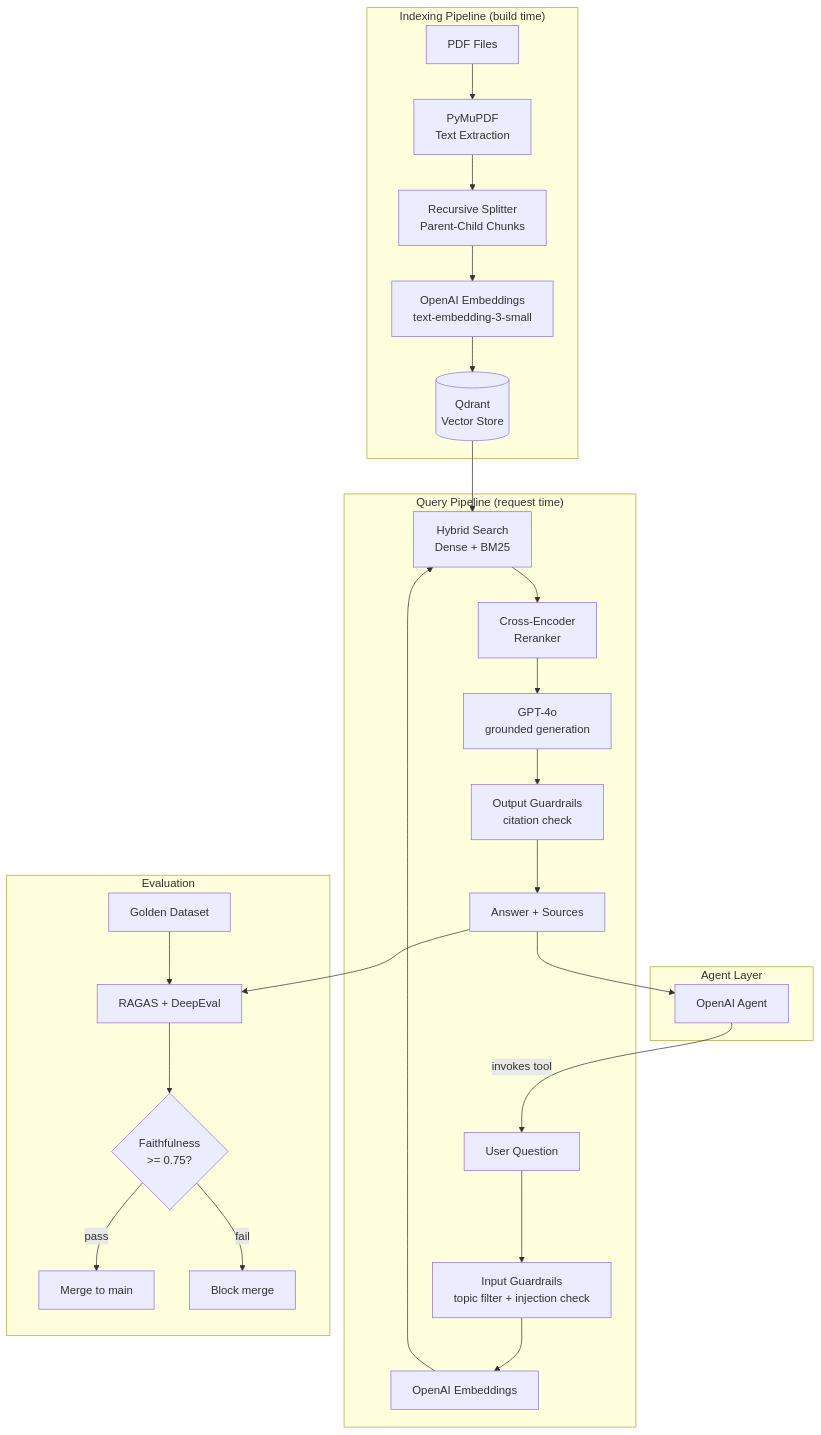
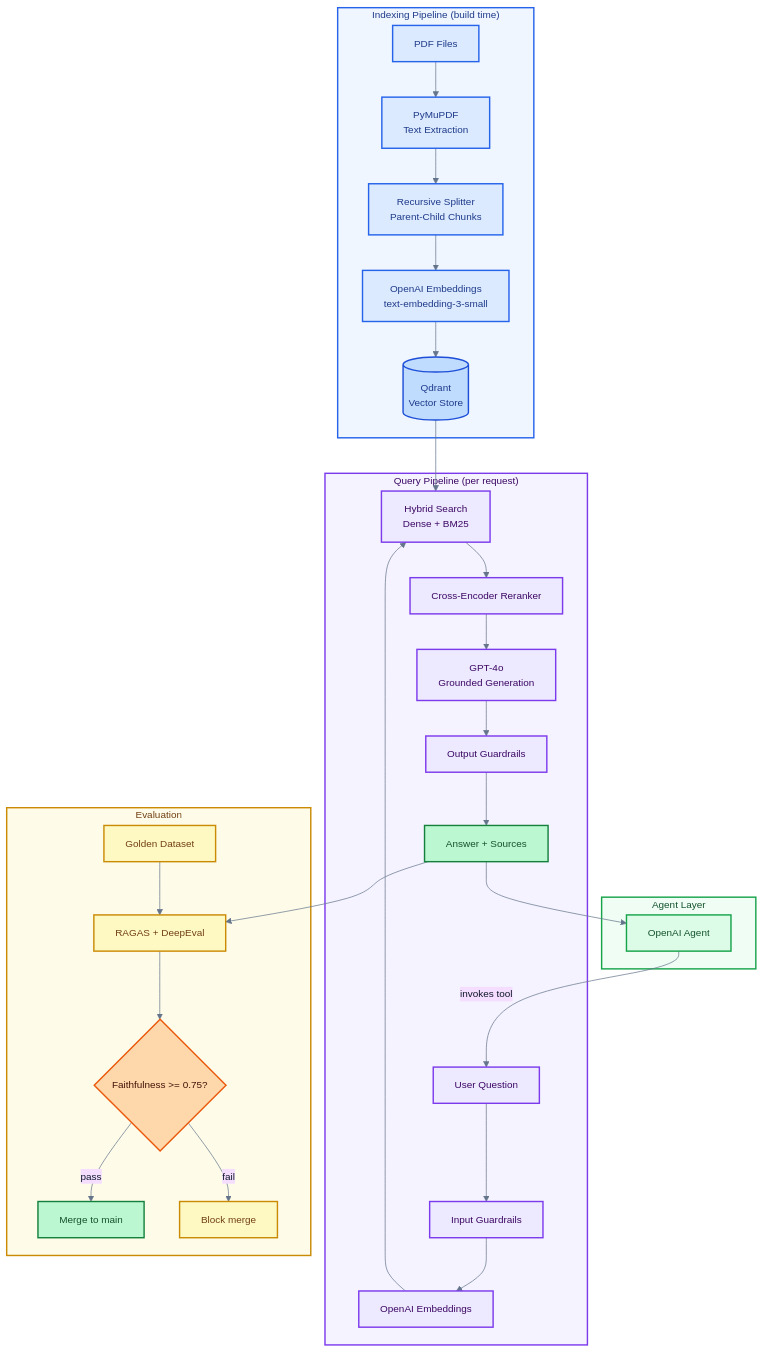
One commit to shalabhsuman/helix-rag changed the diagram in README.md. Above: the diagram before and after it, drawn with Mermaid. The commit also changed 2 other files, not shown here.

Commit message:
Improve architecture diagram: color-code subgraphs, white background, styled nodes

````diff
--- a/README.md
+++ b/README.md
@@ -7,33 +7,47 @@
 ```mermaid
+%%{init: {'theme': 'base', 'themeVariables': {'background': '#ffffff', 'lineColor': '#64748b', 'primaryTextColor': '#0f172a', 'fontSize': '14px'}}}%%
 flowchart TD
+    classDef indexNode fill:#dbeafe,stroke:#2563eb,color:#1e3a8a,stroke-width:2px
+    classDef queryNode fill:#ede9fe,stroke:#7c3aed,color:#3b0764,stroke-width:2px
+    classDef agentNode fill:#dcfce7,stroke:#16a34a,color:#14532d,stroke-width:2px
+    classDef evalNode fill:#fef9c3,stroke:#ca8a04,color:#713f12,stroke-width:2px
+    classDef storeNode fill:#bfdbfe,stroke:#1d4ed8,color:#1e3a8a,stroke-width:2px
+    classDef decisionNode fill:#fed7aa,stroke:#ea580c,color:#431407,stroke-width:2px
+    classDef successNode fill:#bbf7d0,stroke:#15803d,color:#14532d,stroke-width:2px
+
     subgraph Ingest["Indexing Pipeline (build time)"]
-        A[PDF Files] --> B[PyMuPDF\nText Extraction]
-        B --> C[Recursive Splitter\nParent-Child Chunks]
-        C --> D[OpenAI Embeddings\ntext-embedding-3-small]
-        D --> E[(Qdrant\nVector Store)]
+        A[PDF Files]:::indexNode --> B[PyMuPDF\nText Extraction]:::indexNode
+        B --> C[Recursive Splitter\nParent-Child Chunks]:::indexNode
+        C --> D[OpenAI Embeddings\ntext-embedding-3-small]:::indexNode
+        D --> E[(Qdrant\nVector Store)]:::storeNode
     end
 
-    subgraph Query["Query Pipeline (request time)"]
-        F[User Question] --> G[Input Guardrails\ntopic filter + injection check]
-        G --> H[OpenAI Embeddings]
-        H --> I[Hybrid Search\nDense + BM25]
+    subgraph Query["Query Pipeline (per request)"]
+        F[User Question]:::queryNode --> G[Input Guardrails]:::queryNode
+        G --> H[OpenAI Embeddings]:::queryNode
+        H --> I[Hybrid Search\nDense + BM25]:::queryNode
         E --> I
-        I --> J[Cross-Encoder\nReranker]
-        J --> K[GPT-4o\ngrounded generation]
-        K --> L[Output Guardrails\ncitation check]
-        L --> M[Answer + Sources]
+        I --> J[Cross-Encoder Reranker]:::queryNode
+        J --> K[GPT-4o\nGrounded Generation]:::queryNode
+        K --> L[Output Guardrails]:::queryNode
+        L --> M[Answer + Sources]:::successNode
     end
 
     subgraph AgentLayer["Agent Layer"]
-        N[OpenAI Agent] -->|invokes tool| F
+        N[OpenAI Agent]:::agentNode -->|invokes tool| F
         M --> N
     end
 
     subgraph Eval["Evaluation"]
-        O[Golden Dataset] --> P[RAGAS + DeepEval]
+        O[Golden Dataset]:::evalNode --> P[RAGAS + DeepEval]:::evalNode
         M --> P
-        P --> Q{Faithfulness\n>= 0.75?}
-        Q -->|pass| R[Merge to main]
-        Q -->|fail| S[Block merge]
+        P --> Q{Faithfulness >= 0.75?}:::decisionNode
+        Q -->|pass| R[Merge to main]:::successNode
+        Q -->|fail| S[Block merge]:::evalNode
     end
+
+    style Ingest fill:#eff6ff,stroke:#2563eb,stroke-width:2px,color:#1e3a8a
+    style Query fill:#f5f3ff,stroke:#7c3aed,stroke-width:2px,color:#3b0764
+    style AgentLayer fill:#f0fdf4,stroke:#16a34a,stroke-width:2px,color:#14532d
+    style Eval fill:#fefce8,stroke:#ca8a04,stroke-width:2px,color:#713f12
 ```
````
